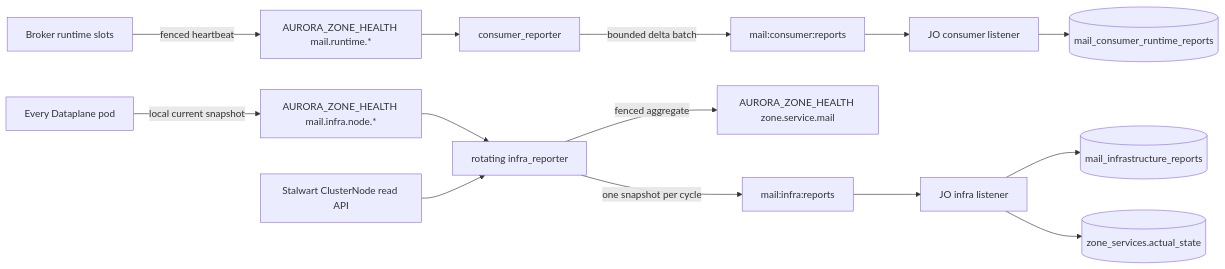
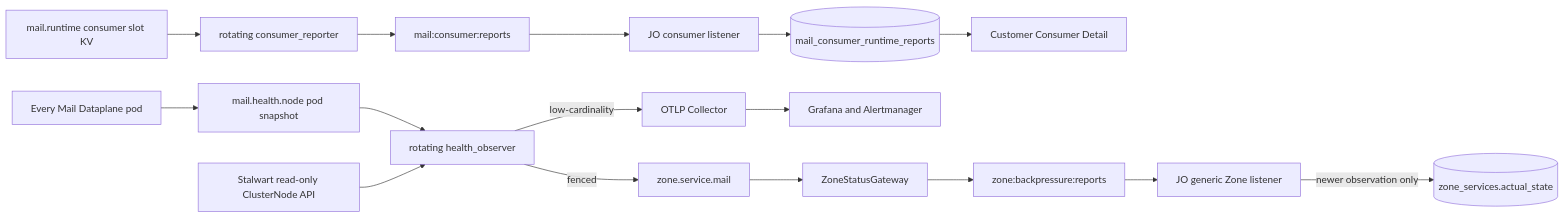
One commit to phucle996/aurora changed the diagram in god_view/mail/mail_infrastructure_reporting_god_view.md. Above: the diagram before and after it, drawn with Mermaid. The commit also changed other lines of this file and 77 other files, not shown here.

````diff
--- a/god_view/mail/mail_infrastructure_reporting_god_view.md
+++ b/god_view/mail/mail_infrastructure_reporting_god_view.md
@@ -18,17 +20,19 @@
 ```mermaid
 flowchart LR
-    SLOT[Broker runtime slots] -->|fenced heartbeat| HKV[AURORA_ZONE_HEALTH mail.runtime.*]
-    HKV --> CR[consumer_reporter]
-    CR -->|bounded delta batch| CRS[mail:consumer:reports]
+    SLOT[mail.runtime consumer slot KV] --> CR[rotating consumer_reporter]
+    CR --> CRS[mail:consumer:reports]
     CRS --> CJ[JO consumer listener]
     CJ --> CRT[(mail_consumer_runtime_reports)]
+    CRT --> DETAIL[Customer Consumer Detail]
 
-    POD[Every Dataplane pod] -->|local current snapshot| NKV[AURORA_ZONE_HEALTH mail.infra.node.*]
-    NKV --> IR[rotating infra_reporter]
-    ST[Stalwart ClusterNode read API] --> IR
-    IR -->|fenced aggregate| ZKV[AURORA_ZONE_HEALTH zone.service.mail]
-    IR -->|one snapshot per cycle| IRS[mail:infra:reports]
-    IRS --> IJ[JO infra listener]
-    IJ --> INF[(mail_infrastructure_reports)]
-    IJ --> ACT[(zone_services.actual_state)]
+    POD[Every Mail Dataplane pod] --> LOCAL[mail.health.node pod snapshot]
+    LOCAL --> HO[rotating health_observer]
+    ST[Stalwart read-only ClusterNode API] --> HO
+    HO -->|fenced| ZKV[zone.service.mail]
+    HO -->|low-cardinality| OTEL[OTLP Collector]
+    OTEL --> GRAFANA[Grafana and Alertmanager]
+    ZKV --> ZG[ZoneStatusGateway]
+    ZG --> ZRS[zone:backpressure:reports]
+    ZRS --> ZJO[JO generic Zone listener]
+    ZJO -->|newer observation only| ACT[(zone_services.actual_state)]
 ```
````
